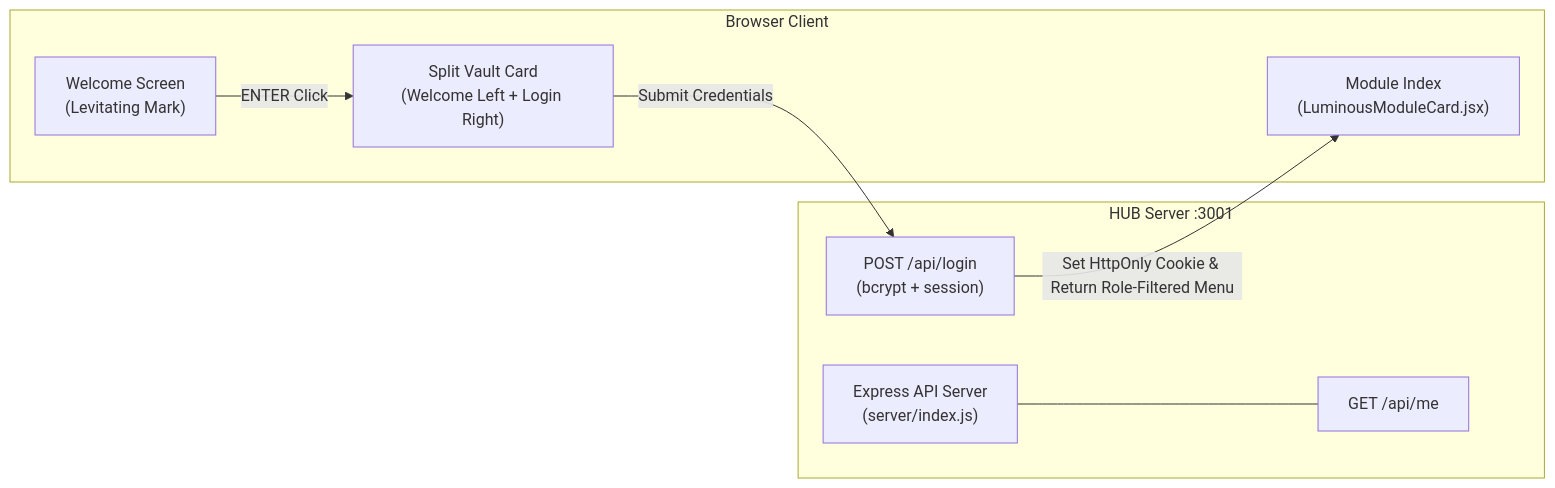
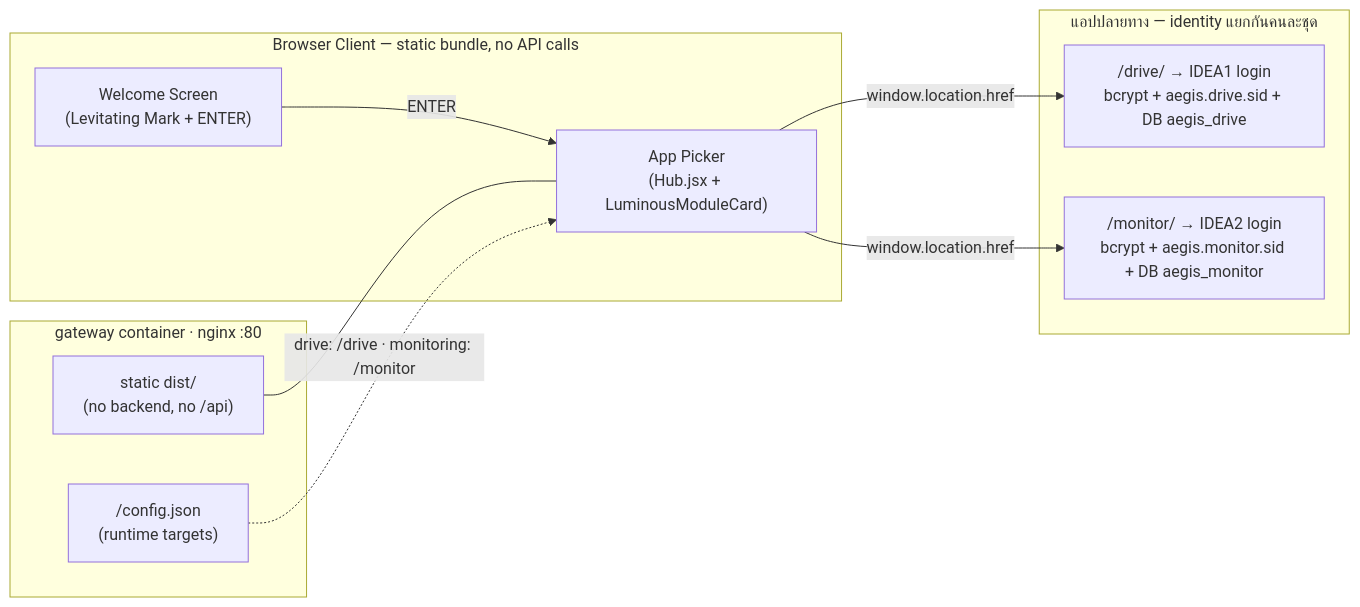
The diagram in Obsidian_AEGIS_Vault/AEGIS_Knowledge/01 - 🚪 HUB-AEGIS Entry.md (kraveerachat/Project-End-The-AEGIS), drawn with Mermaid before and after one commit. The commit also changed other lines of this file and 27 other files, not shown here.

First line of the commit message:
docs(vault): sync AEGIS knowledge base; stop tracking Obsidian UI state

````diff
--- a/Obsidian_AEGIS_Vault/AEGIS_Knowledge/01 - 🚪 HUB-AEGIS Entry.md
+++ b/Obsidian_AEGIS_Vault/AEGIS_Knowledge/01 - 🚪 HUB-AEGIS Entry.md
@@ -19,19 +61,23 @@
 ```mermaid
 flowchart LR
-    subgraph Client [Browser Client]
-        WelcomeUI["Welcome Screen<br/>(Levitating Mark)"]
-        SplitVault["Split Vault Card<br/>(Welcome Left + Login Right)"]
-        ModuleCatalog["Module Index<br/>(LuminousModuleCard.jsx)"]
+    subgraph Client [Browser Client — static bundle, no API calls]
+        WelcomeUI["Welcome Screen<br/>(Levitating Mark + ENTER)"]
+        AppPicker["App Picker<br/>(Hub.jsx + LuminousModuleCard)"]
     end
 
-    subgraph HubServer [HUB Server :3001]
-        ExpressServer["Express API Server<br/>(server/index.js)"]
-        AuthLogin["POST /api/login<br/>(bcrypt + session)"]
-        AuthMe["GET /api/me"]
+    subgraph Gateway [gateway container · nginx :80]
+        Static["static dist/<br/>(no backend, no /api)"]
+        ConfigJson["/config.json<br/>(runtime targets)"]
     end
 
-    WelcomeUI -->|ENTER Click| SplitVault
-    SplitVault -->|Submit Credentials| AuthLogin
-    AuthLogin -->|Set HttpOnly Cookie & Return Role-Filtered Menu| ModuleCatalog
-    ExpressServer --- AuthMe
+    subgraph Apps [แอปปลายทาง — identity แยกกันคนละชุด]
+        DriveLogin["/drive/ → IDEA1 login<br/>bcrypt + aegis.drive.sid + DB aegis_drive"]
+        MonitorLogin["/monitor/ → IDEA2 login<br/>bcrypt + aegis.monitor.sid + DB aegis_monitor"]
+    end
+
+    WelcomeUI -->|ENTER| AppPicker
+    Static --- AppPicker
+    ConfigJson -.->|drive: /drive · monitoring: /monitor| AppPicker
+    AppPicker -->|window.location.href| DriveLogin
+    AppPicker -->|window.location.href| MonitorLogin
 ```
````
